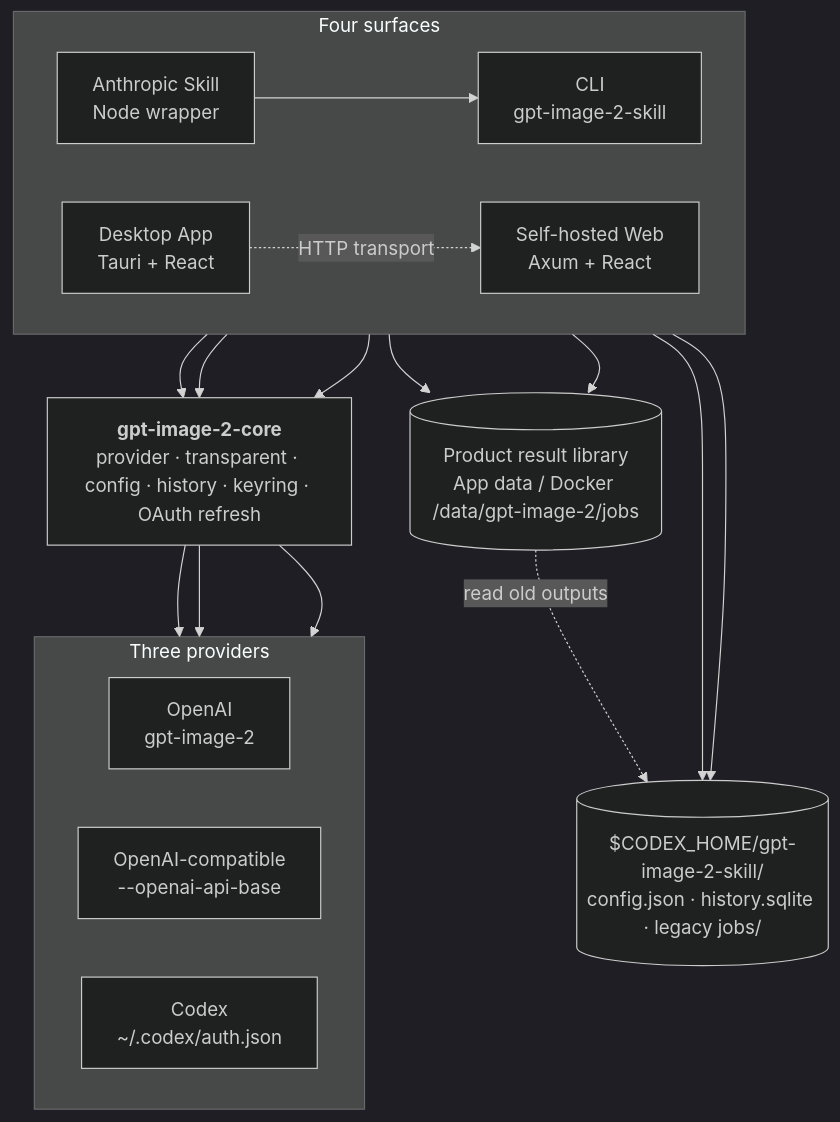
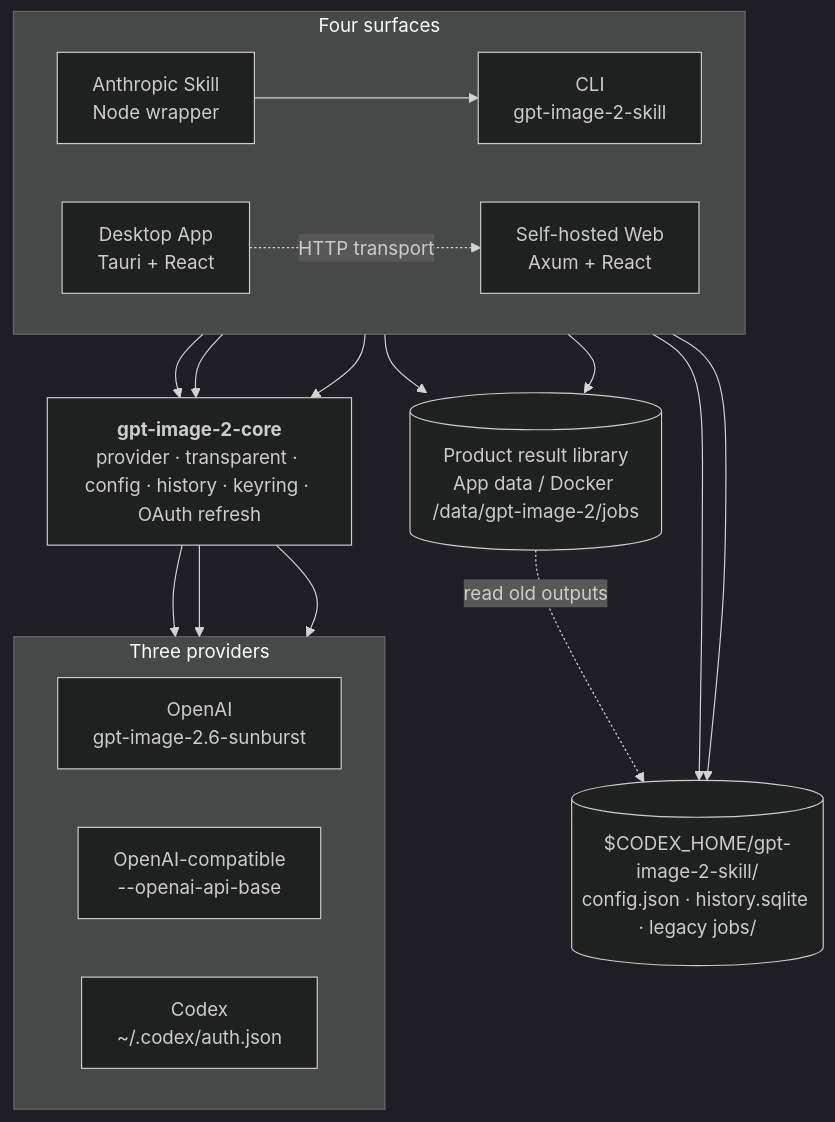
The second of 2 diagrams in README.md (Wangnov/gpt-image-2-skill), drawn with Mermaid (dark theme) before and after one commit. The commit also changed other lines of this file and 33 other files, not shown here.

Commit message:
feat: 适配 GPT Image 2.6 CLI 与 skill

````diff
--- a/README.md
+++ b/README.md
@@ -644,38 +668,38 @@
 ```mermaid
 graph TB
     subgraph Surfaces["Four surfaces"]
         direction LR
         CLI["CLI<br/>gpt-image-2-skill"]
         APP["Desktop App<br/>Tauri + React"]
         WEB["Self-hosted Web<br/>Axum + React"]
         SKILL["Anthropic Skill<br/>Node wrapper"]
     end
 
     CORE["<b>gpt-image-2-core</b><br/>provider · transparent · config · history · keyring · OAuth refresh"]
 
     subgraph Providers["Three providers"]
         direction LR
-        OAI["OpenAI<br/>gpt-image-2"]
+        OAI["OpenAI<br/>gpt-image-2.6-sunburst"]
         OAC["OpenAI-compatible<br/>--openai-api-base"]
         CDX["Codex<br/>~/.codex/auth.json"]
     end
 
     LEGACY[("$CODEX_HOME/gpt-image-2-skill/<br/>config.json · history.sqlite · legacy jobs/")]
     PRODUCT[("Product result library<br/>App data / Docker /data/gpt-image-2/jobs")]
 
     SKILL --> CLI
     CLI --> CORE
     APP --> CORE
     APP -. "HTTP transport" .-> WEB
     WEB --> CORE
 
     CORE --> OAI
     CORE --> OAC
     CORE --> CDX
 
     CLI --> LEGACY
     SKILL --> LEGACY
     APP --> PRODUCT
     WEB --> PRODUCT
     PRODUCT -. "read old outputs" .-> LEGACY
 ```
````
